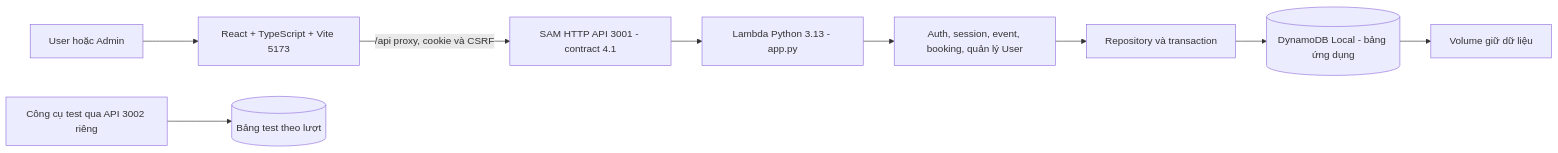
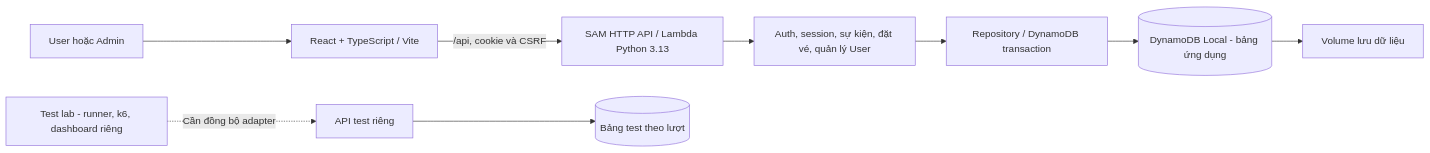
Before and after one commit to leanhquan0211/FCAJ-23521254-23521225: the diagram in phuc-worklog/week-4/23-10.md, drawn with Mermaid. The commit also changed other lines of this file and 14 other files, not shown here.

````diff
--- a/phuc-worklog/week-4/23-10.md
+++ b/phuc-worklog/week-4/23-10.md
@@ -52,11 +27,11 @@
 ```mermaid
 flowchart LR
-    Human[User hoặc Admin] --> UI[React + TypeScript + Vite 5173]
-    UI -->|/api proxy, cookie và CSRF| API[SAM HTTP API 3001 - contract 4.1]
-    API --> Handler[Lambda Python 3.13 - app.py]
-    Handler --> Services[Auth, session, event, booking, quản lý User]
-    Services --> Repo[Repository và transaction]
-    Repo --> DB[(DynamoDB Local - bảng ứng dụng)]
-    DB --> Volume[Volume giữ dữ liệu]
-    Test[Công cụ test qua API 3002 riêng] --> TestDB[(Bảng test theo lượt)]
+    Browser[User hoặc Admin] --> UI[React + TypeScript / Vite]
+    UI -->|/api, cookie và CSRF| API[SAM HTTP API / Lambda Python 3.13]
+    API --> Services[Auth, session, sự kiện, đặt vé, quản lý User]
+    Services --> Repository[Repository / DynamoDB transaction]
+    Repository --> DB[(DynamoDB Local - bảng ứng dụng)]
+    DB --> Volume[Volume lưu dữ liệu]
+    Lab[Test lab - runner, k6, dashboard riêng] -.->|Cần đồng bộ adapter| TestAPI[API test riêng]
+    TestAPI --> TestDB[(Bảng test theo lượt)]
 ```
````
